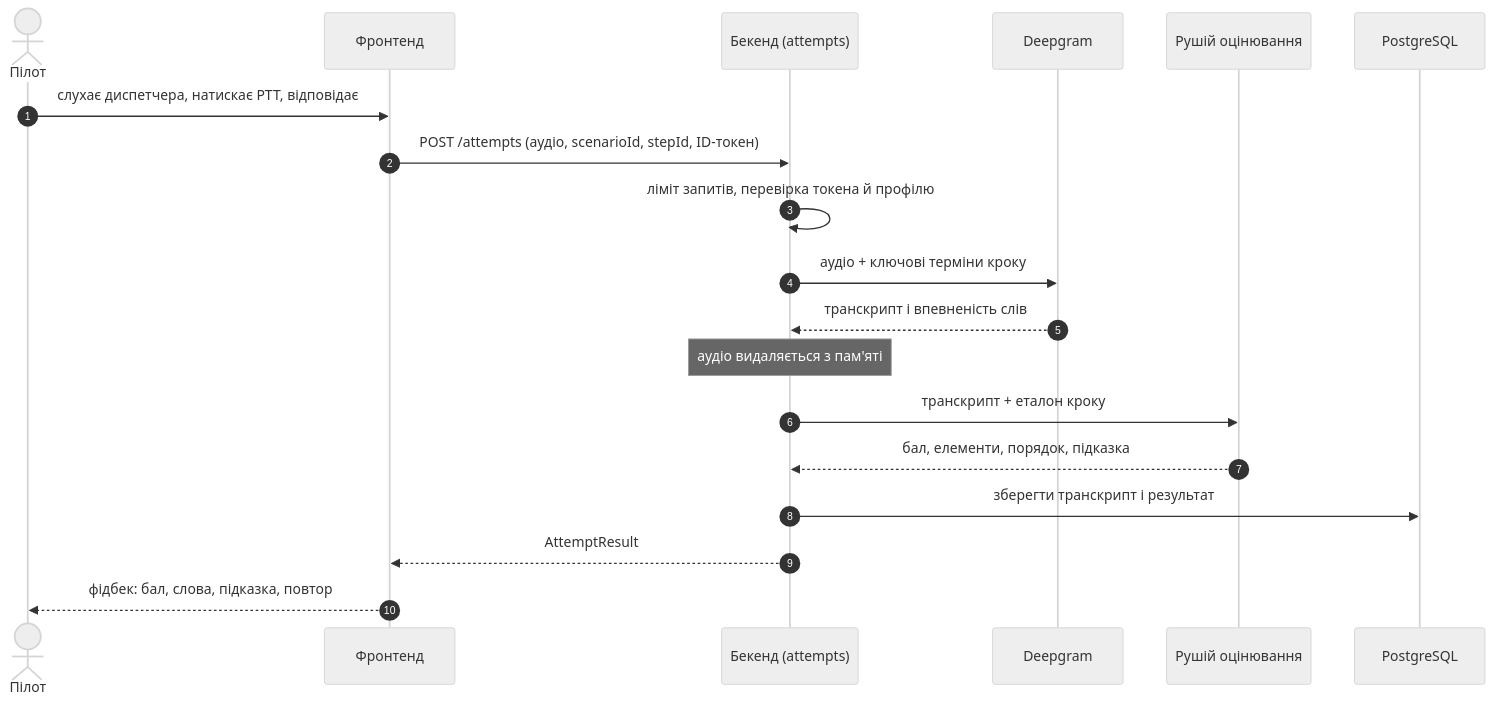
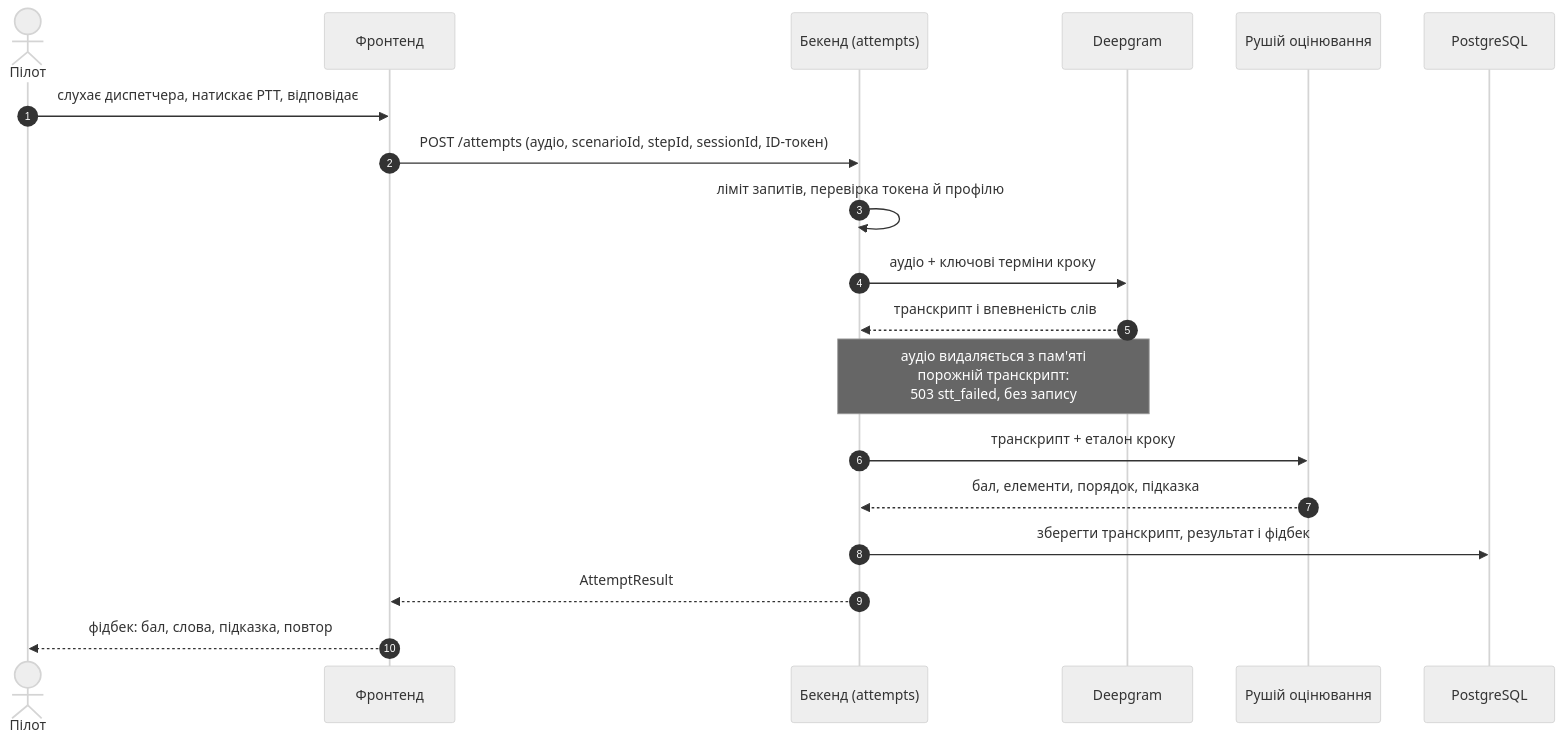
The diagram in docs/diagrams/flow.mmd (SergeyPoly/goit--apstone-project-AeroSpeak-BE), drawn with Mermaid (neutral theme) before and after one commit. The commit also changed 5 other files, not shown here.

First line of the commit message:
docs: update diagrams for the progress API

```diff
--- a/docs/diagrams/flow.mmd
+++ b/docs/diagrams/flow.mmd
@@ -1,19 +1,19 @@
 sequenceDiagram
   autonumber
   actor P as Пілот
   participant F as Фронтенд
   participant B as Бекенд (attempts)
   participant D as Deepgram
   participant S as Рушій оцінювання
   participant DB as PostgreSQL
   P->>F: слухає диспетчера, натискає PTT, відповідає
-  F->>B: POST /attempts (аудіо, scenarioId, stepId, ID-токен)
+  F->>B: POST /attempts (аудіо, scenarioId, stepId, sessionId, ID-токен)
   B->>B: ліміт запитів, перевірка токена й профілю
   B->>D: аудіо + ключові терміни кроку
   D-->>B: транскрипт і впевненість слів
-  Note over B: аудіо видаляється з пам'яті
+  Note over B,D: аудіо видаляється з пам'яті<br/>порожній транскрипт:<br/>503 stt_failed, без запису
   B->>S: транскрипт + еталон кроку
   S-->>B: бал, елементи, порядок, підказка
-  B->>DB: зберегти транскрипт і результат
+  B->>DB: зберегти транскрипт, результат і фідбек
   B-->>F: AttemptResult
   F-->>P: фідбек: бал, слова, підказка, повтор
```
